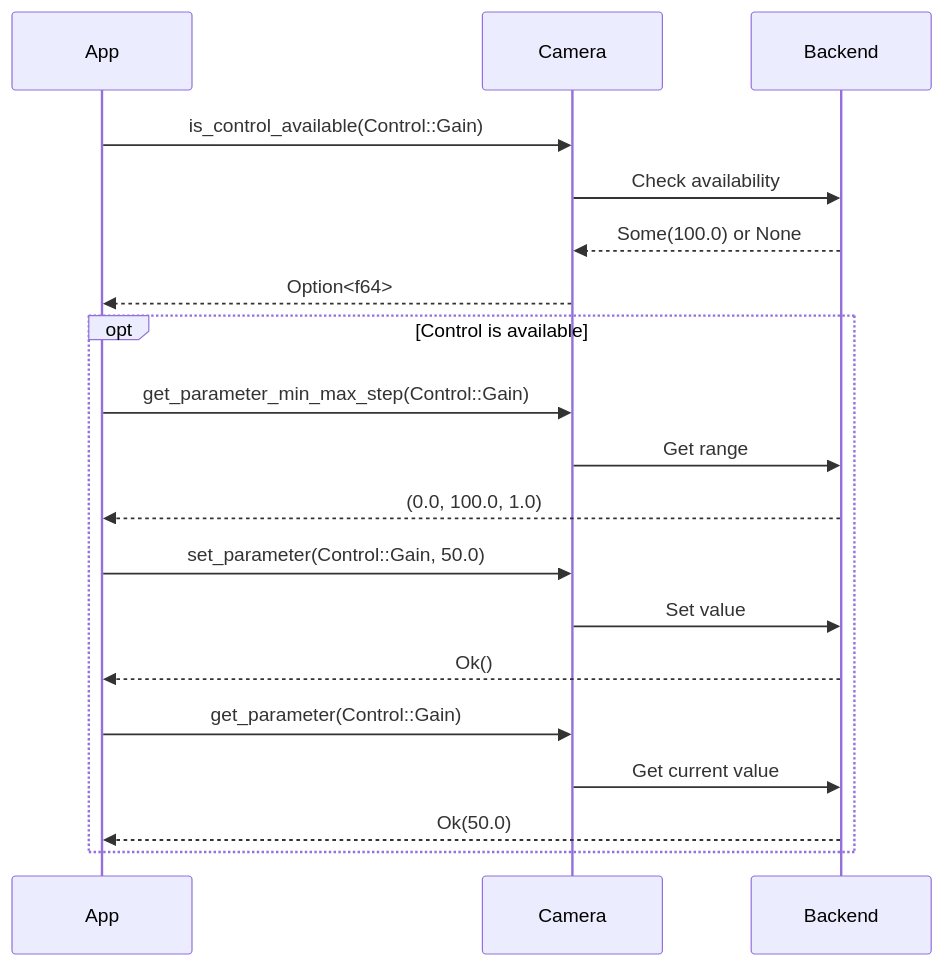
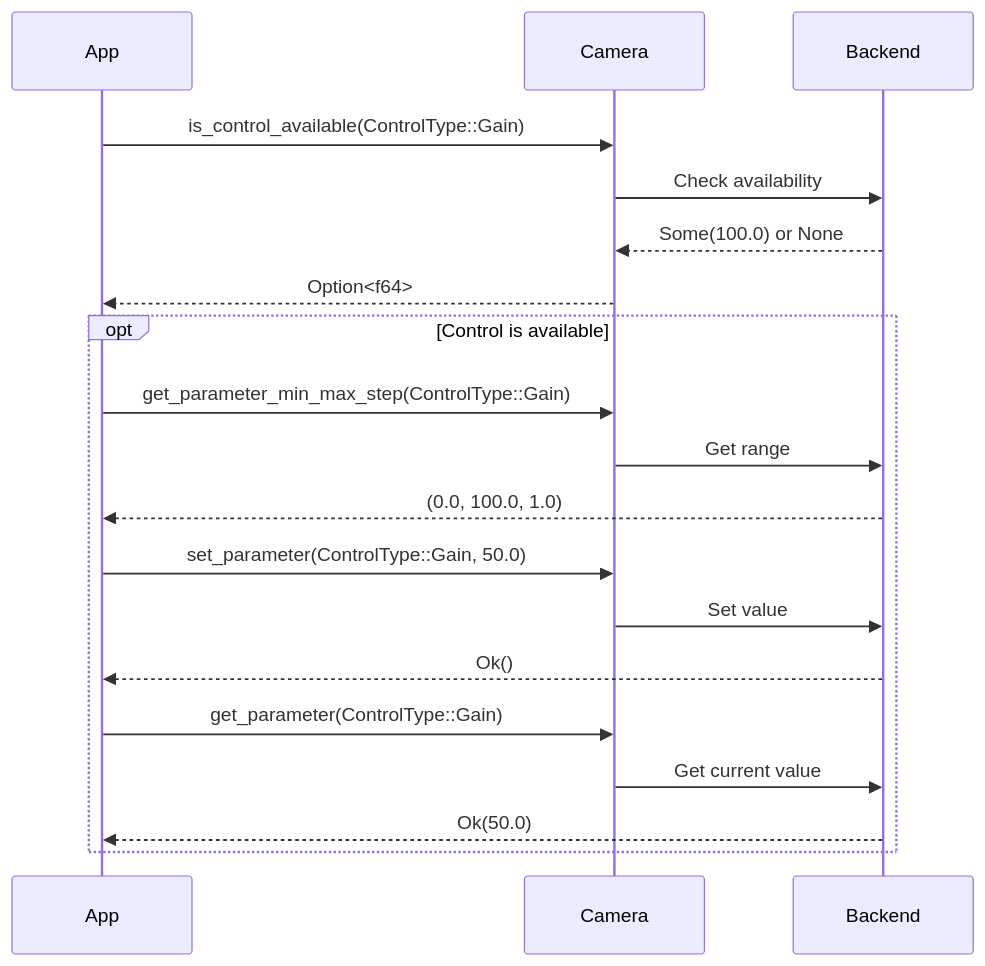
One commit to ivonnyssen/rusty-photon changed diagram 15 of 19 in crates/qhyccd-rs/docs/qhyccd-rs.md. Above: the diagram before and after it, drawn with Mermaid. The commit also changed other lines of this file and 2 other files, not shown here.

````diff
--- a/crates/qhyccd-rs/docs/qhyccd-rs.md
+++ b/crates/qhyccd-rs/docs/qhyccd-rs.md
@@ -816,25 +815,25 @@
 ```mermaid
 sequenceDiagram
     participant App
     participant Camera
     participant Backend
 
-    App->>Camera: is_control_available(Control::Gain)
+    App->>Camera: is_control_available(ControlType::Gain)
     Camera->>Backend: Check availability
     Backend-->>Camera: Some(100.0) or None
     Camera-->>App: Option<f64>
 
     opt Control is available
-        App->>Camera: get_parameter_min_max_step(Control::Gain)
+        App->>Camera: get_parameter_min_max_step(ControlType::Gain)
         Camera->>Backend: Get range
         Backend-->>App: (0.0, 100.0, 1.0)
 
-        App->>Camera: set_parameter(Control::Gain, 50.0)
+        App->>Camera: set_parameter(ControlType::Gain, 50.0)
         Camera->>Backend: Set value
         Backend-->>App: Ok()
 
-        App->>Camera: get_parameter(Control::Gain)
+        App->>Camera: get_parameter(ControlType::Gain)
         Camera->>Backend: Get current value
         Backend-->>App: Ok(50.0)
     end
 ```
````
